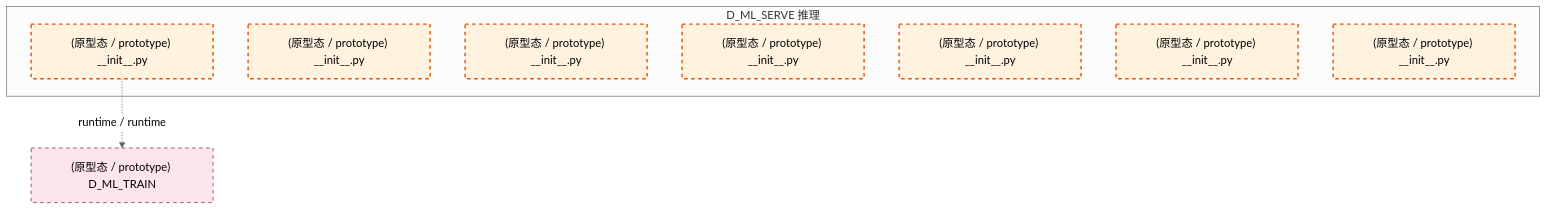
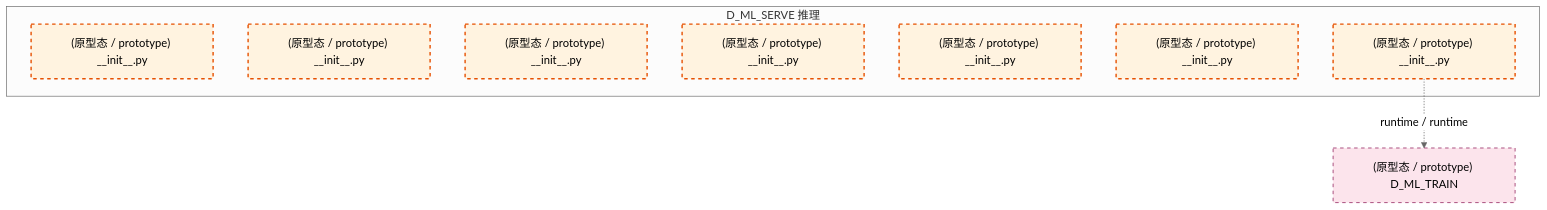
Before and after one commit to xuanFelixVan/ZephyrAlpha: the first of 3 diagrams in docs/02_enterprise_architecture/02_domain_architecture_docs/49_d_ml_serve.md, drawn with Mermaid (neutral theme). The commit also changed other lines of this file and 125 other files, not shown here.

````diff
--- a/docs/02_enterprise_architecture/02_domain_architecture_docs/49_d_ml_serve.md
+++ b/docs/02_enterprise_architecture/02_domain_architecture_docs/49_d_ml_serve.md
@@ -69,20 +69,20 @@
 ```mermaid
 graph TD
     subgraph D_ML_SERVE["D_ML_SERVE 推理"]
         src_zephyr_ml_serve_init_py["(原型态 / prototype) __init__.py"]
         src_zephyr_ml_serve_extensions_init_py["(原型态 / prototype) __init__.py"]
         src_zephyr_ml_serve_api_init_py["(原型态 / prototype) __init__.py"]
         src_zephyr_ml_serve_core_init_py["(原型态 / prototype) __init__.py"]
         src_zephyr_ml_serve_infrastructure_init_py["(原型态 / prototype) __init__.py"]
         src_zephyr_ml_serve_models_init_py["(原型态 / prototype) __init__.py"]
         src_zephyr_ml_serve_services_init_py["(原型态 / prototype) __init__.py"]
     end
     D_ML_TRAIN["(原型态 / prototype) D_ML_TRAIN"]
-    src_zephyr_ml_serve_init_py -.->|runtime / runtime| D_ML_TRAIN
+    src_zephyr_ml_serve_services_init_py -.->|runtime / runtime| D_ML_TRAIN
     classDef production fill:#e1f5fe,stroke:#01579b,stroke-width:2px,color:#000
     classDef design fill:#fff3e0,stroke:#e65100,stroke-width:2px,color:#000,stroke-dasharray: 5 5
     classDef external_prod fill:#e8f5e9,stroke:#1b5e20,stroke-width:1px,color:#000
     classDef external_design fill:#fce4ec,stroke:#880e4f,stroke-width:1px,color:#000,stroke-dasharray: 5 5
     class src_zephyr_ml_serve_init_py,src_zephyr_ml_serve_extensions_init_py,src_zephyr_ml_serve_api_init_py,src_zephyr_ml_serve_core_init_py,src_zephyr_ml_serve_infrastructure_init_py,src_zephyr_ml_serve_models_init_py,src_zephyr_ml_serve_services_init_py design
     class D_ML_TRAIN external_design
 ```
````
